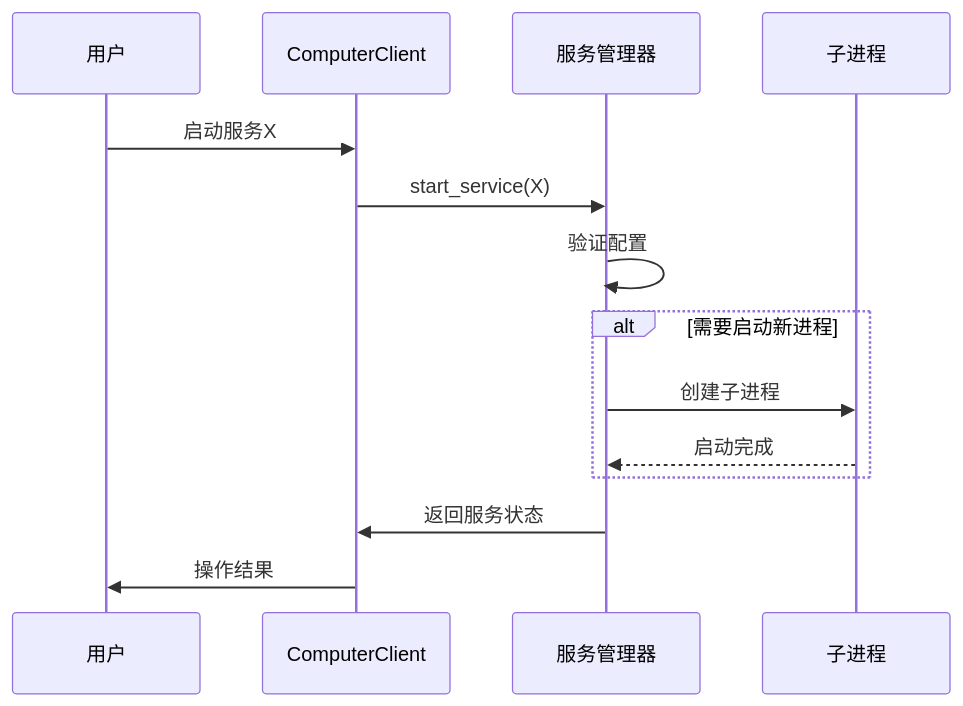
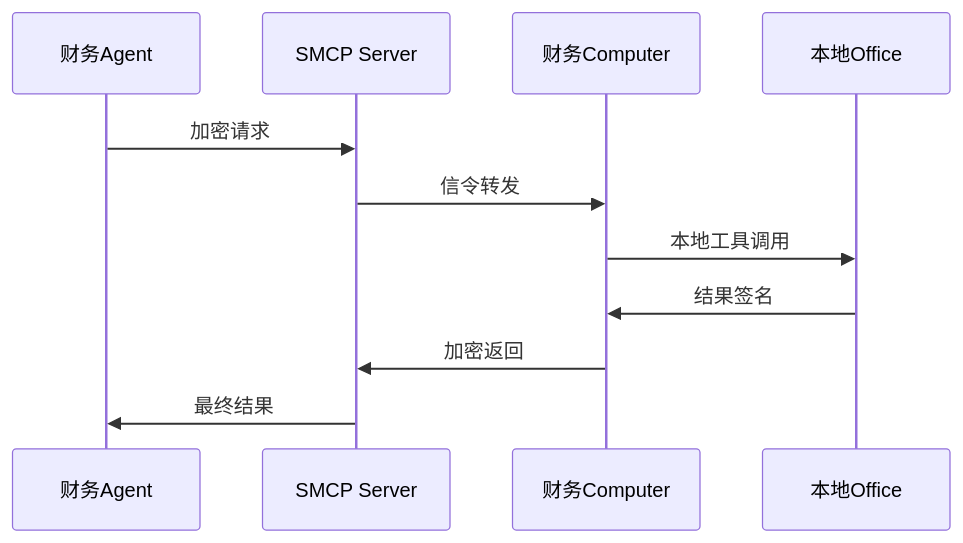
One commit to A2C-SMCP/python-computer-sdk changed the third of 7 diagrams in docs/index.md. Above: the diagram before and after it, drawn with Mermaid. The commit also changed other lines of this file and 75 other files, not shown here.

````diff
--- a/docs/index.md
+++ b/docs/index.md
@@ -335,17 +74,14 @@
 ```mermaid
 sequenceDiagram
-    participant U as 用户
-    participant C as ComputerClient
-    participant M as 服务管理器
-    participant P as 子进程
+    participant A as 财务Agent
+    participant S as SMCP Server
+    participant C as 财务Computer
+    participant T as 本地Office
     
-    U->>C: 启动服务X
-    C->>M: start_service(X)
-    M->>M: 验证配置
-    alt 需要启动新进程
-        M->>P: 创建子进程
-        P-->>M: 启动完成
-    end
-    M->>C: 返回服务状态
-    C->>U: 操作结果
+    A->>S: 加密请求
+    S->>C: 信令转发
+    C->>T: 本地工具调用
+    T->>C: 结果签名
+    C->>S: 加密返回
+    S->>A: 最终结果
 ```
````
